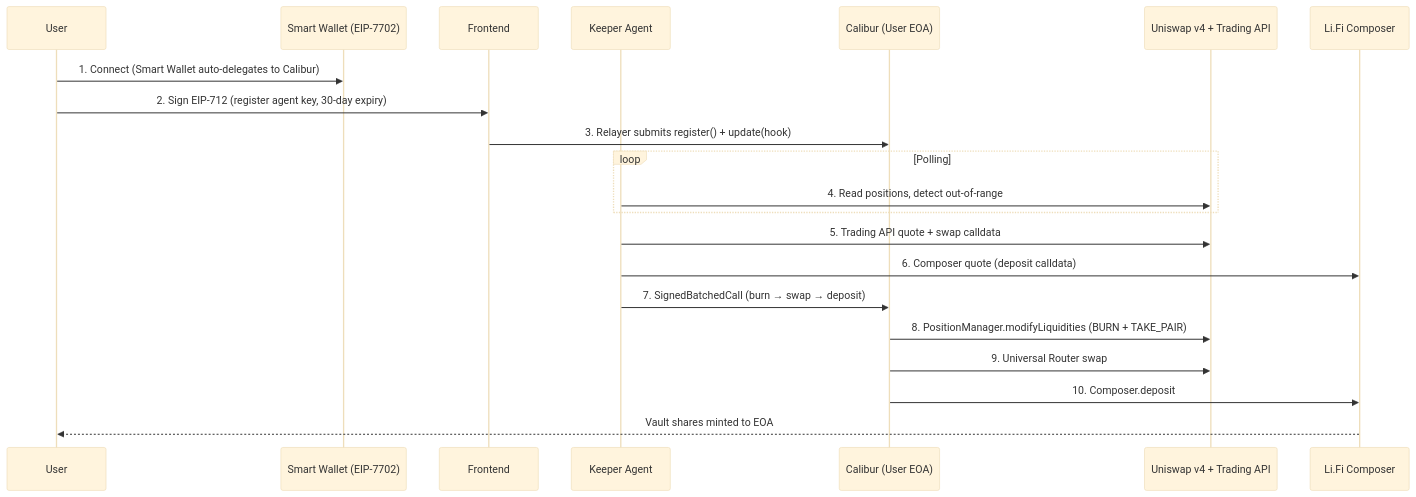
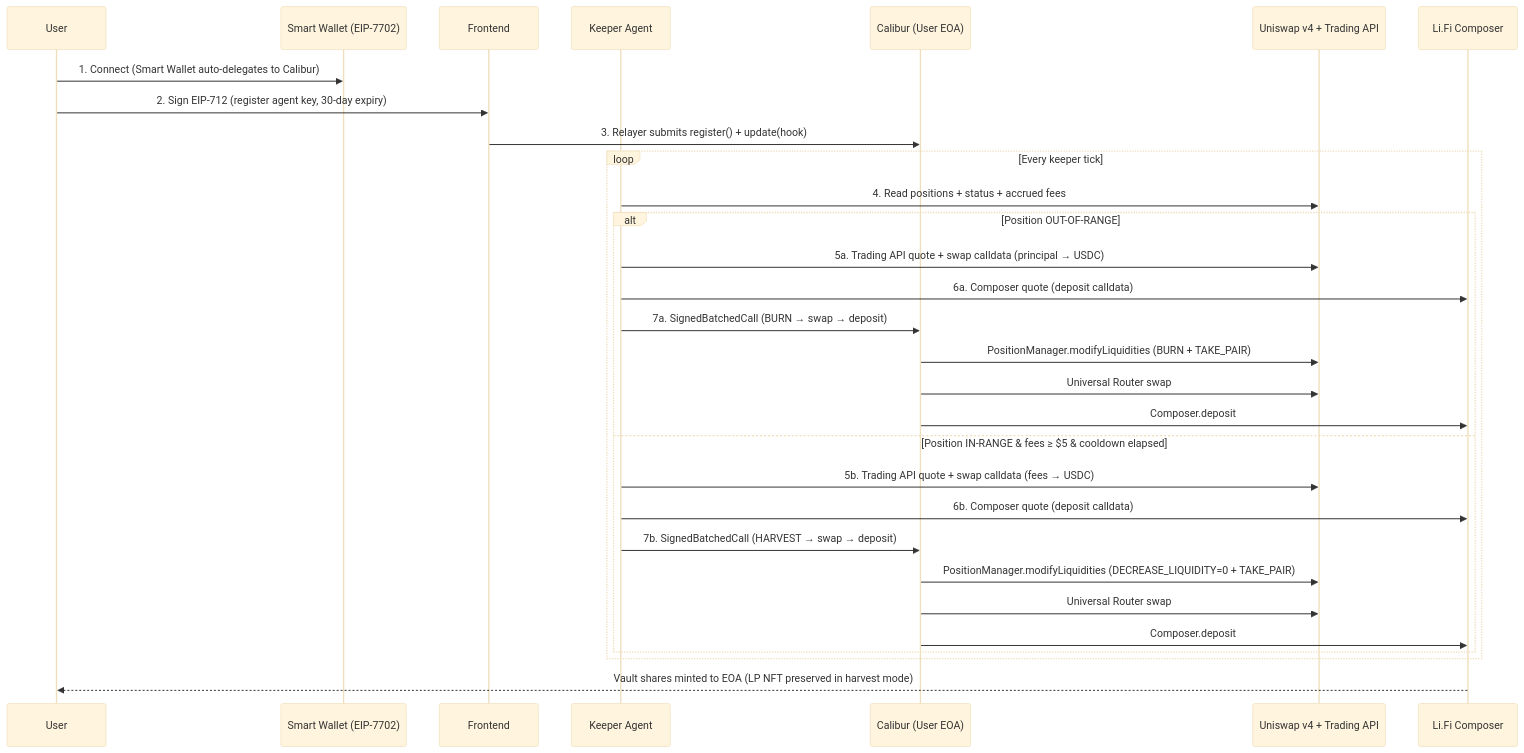
One commit to 0xpochita/moai changed the first of 2 diagrams in README.md. Above: the diagram before and after it, drawn with Mermaid (base theme). The commit also changed other lines of this file, not shown here.

Commit message:
docs: README update for dual-mode (migrate + harvest) feature

````diff
--- a/README.md
+++ b/README.md
@@ -135,24 +184,33 @@
 ```mermaid
 sequenceDiagram
     participant User
     participant Wallet as Smart Wallet (EIP-7702)
     participant MOAI as Frontend
     participant Keeper as Keeper Agent
     participant Calibur as Calibur (User EOA)
     participant Uniswap as Uniswap v4 + Trading API
     participant LiFi as Li.Fi Composer
 
     User->>Wallet: 1. Connect (Smart Wallet auto-delegates to Calibur)
     User->>MOAI: 2. Sign EIP-712 (register agent key, 30-day expiry)
     MOAI->>Calibur: 3. Relayer submits register() + update(hook)
-    loop Polling
-      Keeper->>Uniswap: 4. Read positions, detect out-of-range
+    loop Every keeper tick
+      Keeper->>Uniswap: 4. Read positions + status + accrued fees
+      alt Position OUT-OF-RANGE
+        Keeper->>Uniswap: 5a. Trading API quote + swap calldata (principal → USDC)
+        Keeper->>LiFi: 6a. Composer quote (deposit calldata)
+        Keeper->>Calibur: 7a. SignedBatchedCall (BURN → swap → deposit)
+        Calibur->>Uniswap: PositionManager.modifyLiquidities (BURN + TAKE_PAIR)
+        Calibur->>Uniswap: Universal Router swap
+        Calibur->>LiFi: Composer.deposit
+      else Position IN-RANGE & fees ≥ $5 & cooldown elapsed
+        Keeper->>Uniswap: 5b. Trading API quote + swap calldata (fees → USDC)
+        Keeper->>LiFi: 6b. Composer quote (deposit calldata)
+        Keeper->>Calibur: 7b. SignedBatchedCall (HARVEST → swap → deposit)
+        Calibur->>Uniswap: PositionManager.modifyLiquidities (DECREASE_LIQUIDITY=0 + TAKE_PAIR)
+        Calibur->>Uniswap: Universal Router swap
+        Calibur->>LiFi: Composer.deposit
+      end
     end
-    Keeper->>Uniswap: 5. Trading API quote + swap calldata
-    Keeper->>LiFi: 6. Composer quote (deposit calldata)
-    Keeper->>Calibur: 7. SignedBatchedCall (burn → swap → deposit)
-    Calibur->>Uniswap: 8. PositionManager.modifyLiquidities (BURN + TAKE_PAIR)
-    Calibur->>Uniswap: 9. Universal Router swap
-    Calibur->>LiFi: 10. Composer.deposit
-    LiFi-->>User: Vault shares minted to EOA
+    LiFi-->>User: Vault shares minted to EOA (LP NFT preserved in harvest mode)
 ```
````
